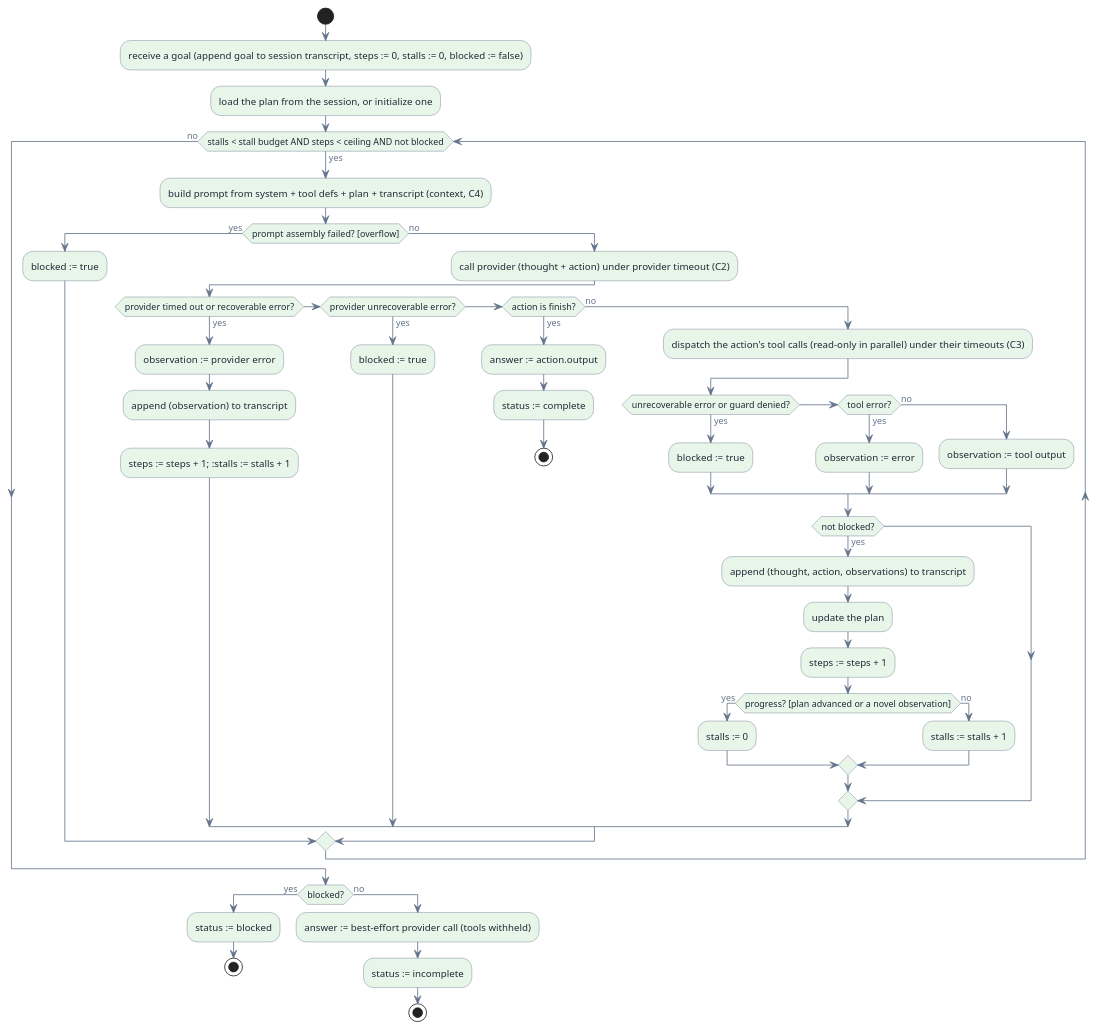
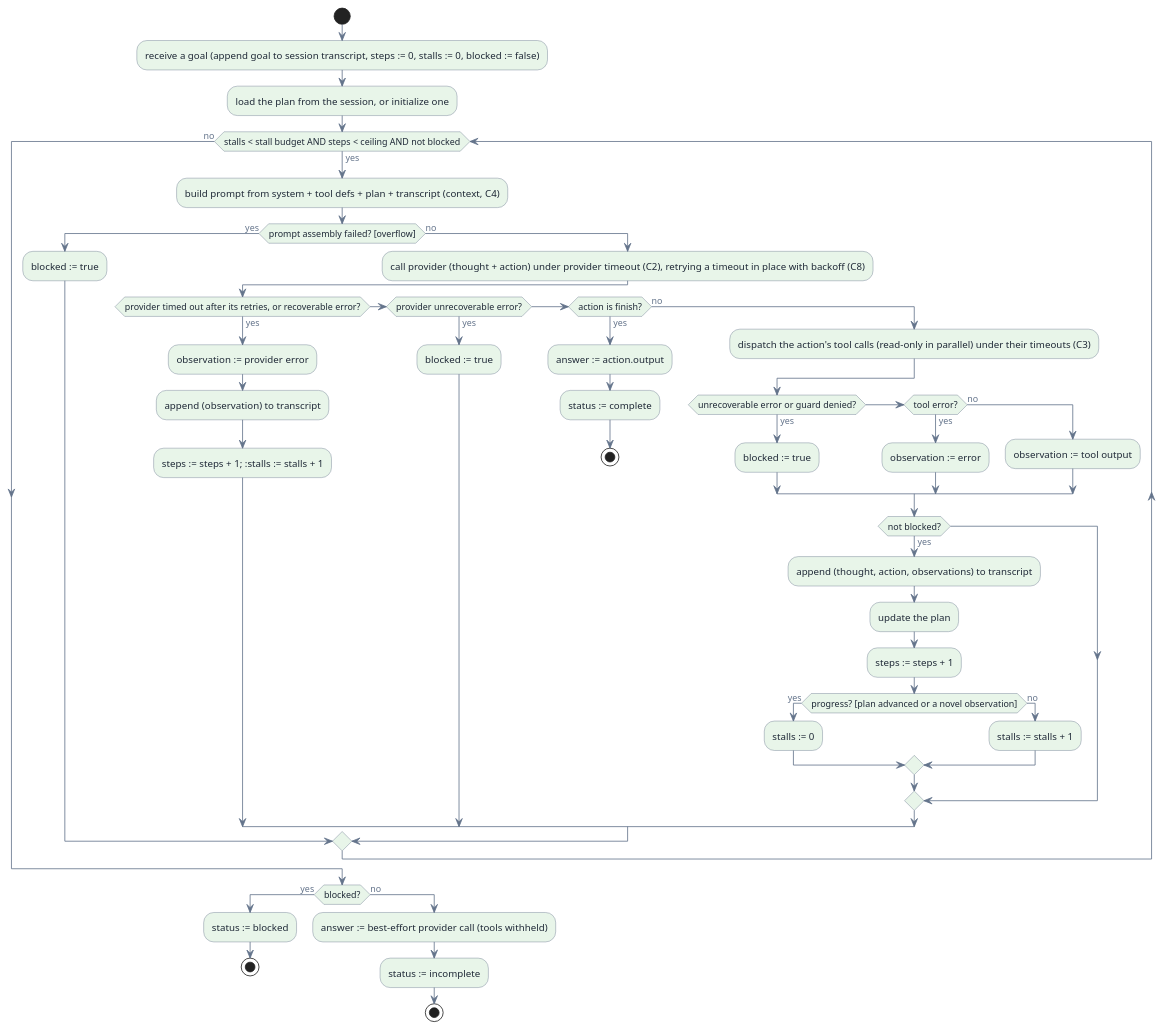
Before and after one commit to invented-pro/sudoer: the second of 2 diagrams in 00_bp/C1_loop.md, drawn with PlantUML. The commit also changed other lines of this file and 147 other files, not shown here.

````diff
--- a/00_bp/C1_loop.md
+++ b/00_bp/C1_loop.md
@@ -72,59 +72,59 @@
 ```plantuml
 @startuml
 skinparam backgroundColor transparent
 skinparam defaultFontColor #64748B
 skinparam activityBackgroundColor #E8F5E9
 skinparam activityBorderColor #64748B
 skinparam activityFontColor #1F2937
 skinparam arrowColor #64748B
 start
 :receive a goal (append goal to session transcript, steps := 0, stalls := 0, blocked := false);
 :load the plan from the session, or initialize one;
 while (stalls < stall budget AND steps < ceiling AND not blocked) is (yes)
   :build prompt from system + tool defs + plan + transcript (context, C4);
   if (prompt assembly failed? [overflow]) then (yes)
     :blocked := true;
   else (no)
-    :call provider (thought + action) under provider timeout (C2);
-    if (provider timed out or recoverable error?) then (yes)
+    :call provider (thought + action) under provider timeout (C2), retrying a timeout in place with backoff (C8);
+    if (provider timed out after its retries, or recoverable error?) then (yes)
       :observation := provider error;
       :append (observation) to transcript;
       :steps := steps + 1; :stalls := stalls + 1;
     elseif (provider unrecoverable error?) then (yes)
       :blocked := true;
     elseif (action is finish?) then (yes)
       :answer := action.output;
       :status := complete;
       stop
     else (no)
       :dispatch the action's tool calls (read-only in parallel) under their timeouts (C3);
       if (unrecoverable error or guard denied?) then (yes)
         :blocked := true;
       elseif (tool error?) then (yes)
         :observation := error;
       else (no)
         :observation := tool output;
       endif
       if (not blocked?) then (yes)
         :append (thought, action, observations) to transcript;
         :update the plan;
         :steps := steps + 1;
         if (progress? [plan advanced or a novel observation]) then (yes)
           :stalls := 0;
         else (no)
           :stalls := stalls + 1;
         endif
       endif
     endif
   endif
 endwhile (no)
 if (blocked?) then (yes)
   :status := blocked;
   stop
 else (no)
   :answer := best-effort provider call (tools withheld);
   :status := incomplete;
   stop
 endif
 @enduml
 ```
````
